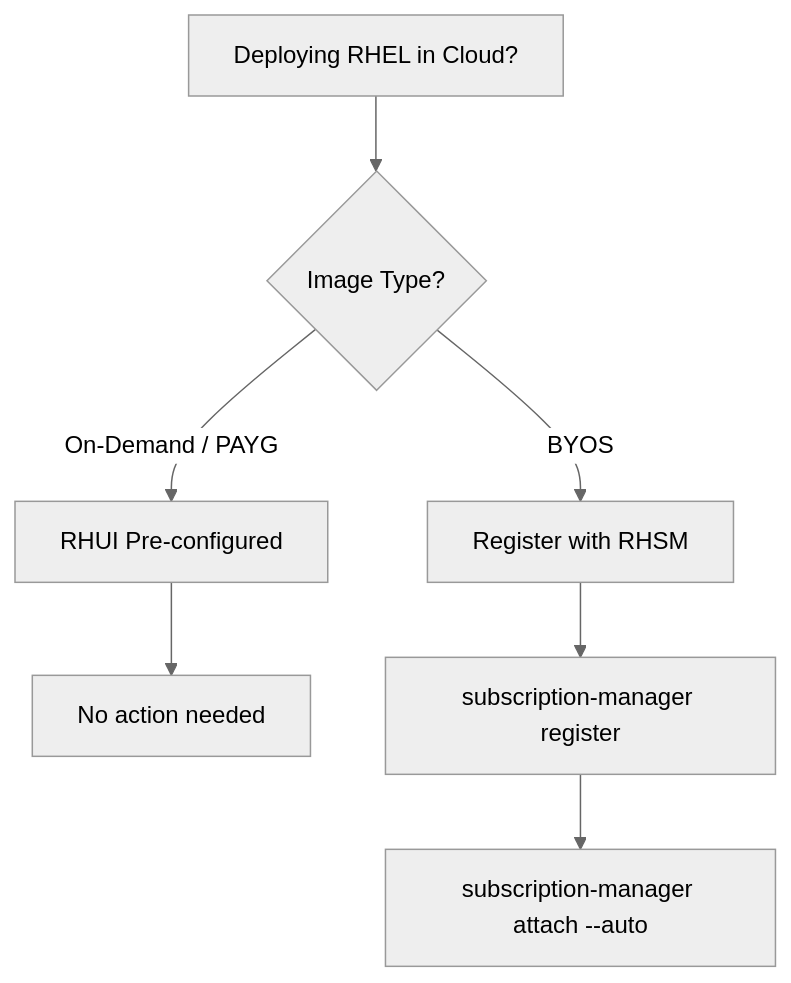
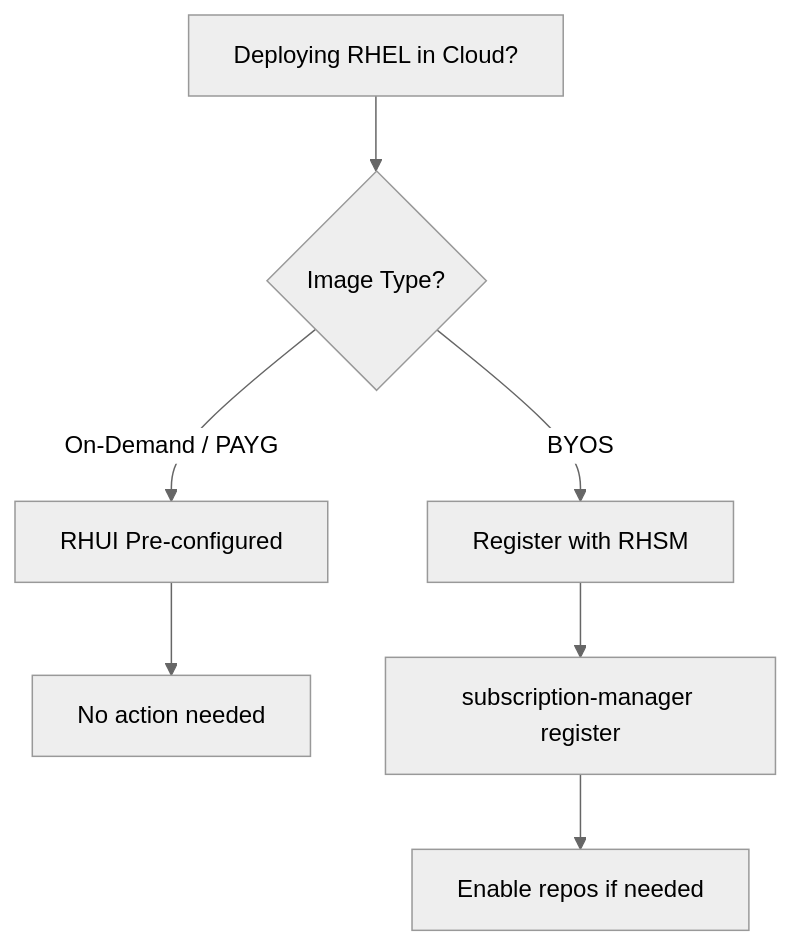
Before and after one commit to OneUptime/blog: the diagram in posts/2026-03-04-deploy-rhel-9-aws-azure-google-cloud/README.md, drawn with Mermaid (neutral theme). The commit also changed other lines of this file and 2 other files, not shown here.

````diff
--- a/posts/2026-03-04-deploy-rhel-9-aws-azure-google-cloud/README.md
+++ b/posts/2026-03-04-deploy-rhel-9-aws-azure-google-cloud/README.md
@@ -229,9 +232,9 @@
 ```mermaid
 flowchart TD
     A[Deploying RHEL in Cloud?] --> B{Image Type?}
     B -->|On-Demand / PAYG| C[RHUI Pre-configured]
     B -->|BYOS| D[Register with RHSM]
     C --> E[No action needed]
     D --> F[subscription-manager register]
-    F --> G[subscription-manager attach --auto]
+    F --> G[Enable repos if needed]
 ```
````
